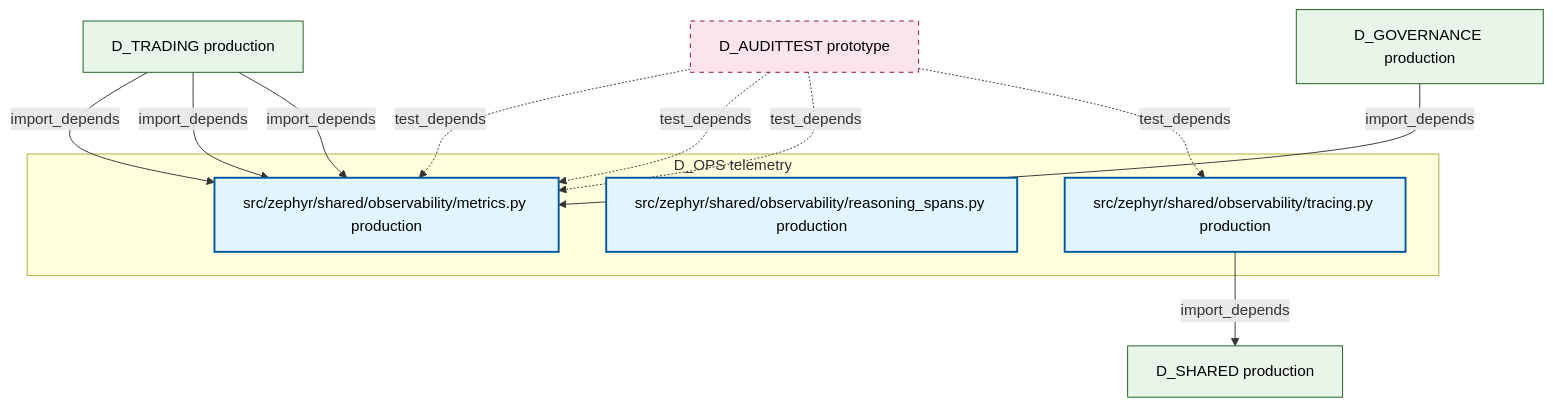
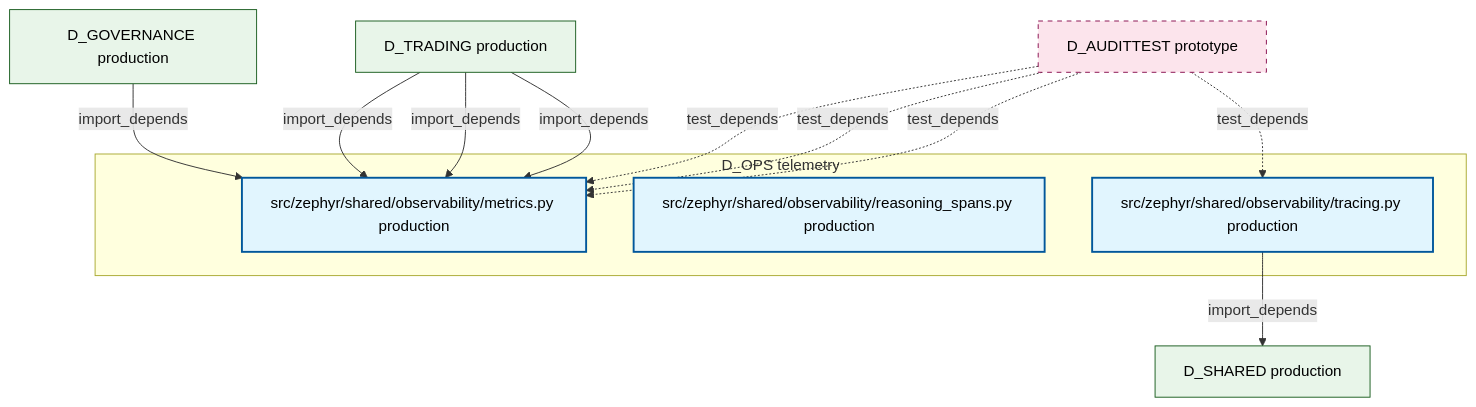
The diagram in docs/02_enterprise_architecture/02_domain_architecture_docs/15_d_ops.md (xuanFelixVan/ZephyrAlpha), drawn with Mermaid before and after one commit. The commit also changed other lines of this file and 97 other files, not shown here.

````diff
--- a/docs/02_enterprise_architecture/02_domain_architecture_docs/15_d_ops.md
+++ b/docs/02_enterprise_architecture/02_domain_architecture_docs/15_d_ops.md
@@ -47,28 +47,28 @@
 ```mermaid
 graph TD
     subgraph D_OPS["D_OPS telemetry"]
         src_zephyr_shared_observability_metrics_py["src/zephyr/shared/observability/metrics.py production"]
         src_zephyr_shared_observability_reasoning_spans_py["src/zephyr/shared/observability/reasoning_spans.py production"]
         src_zephyr_shared_observability_tracing_py["src/zephyr/shared/observability/tracing.py production"]
     end
     D_SHARED["D_SHARED production"]
     src_zephyr_shared_observability_tracing_py -->|import_depends| D_SHARED
-    D_AUDITTEST["D_AUDITTEST prototype"]
-    D_AUDITTEST -.->|test_depends| src_zephyr_shared_observability_metrics_py
-    D_AUDITTEST -.->|test_depends| src_zephyr_shared_observability_metrics_py
+    D_GOVERNANCE["D_GOVERNANCE production"]
+    D_GOVERNANCE -->|import_depends| src_zephyr_shared_observability_metrics_py
     D_TRADING["D_TRADING production"]
     D_TRADING -->|import_depends| src_zephyr_shared_observability_metrics_py
     D_TRADING -->|import_depends| src_zephyr_shared_observability_metrics_py
     D_TRADING -->|import_depends| src_zephyr_shared_observability_metrics_py
-    D_GOVERNANCE["D_GOVERNANCE production"]
-    D_GOVERNANCE -->|import_depends| src_zephyr_shared_observability_metrics_py
+    D_AUDITTEST["D_AUDITTEST prototype"]
+    D_AUDITTEST -.->|test_depends| src_zephyr_shared_observability_metrics_py
+    D_AUDITTEST -.->|test_depends| src_zephyr_shared_observability_metrics_py
     D_AUDITTEST -.->|test_depends| src_zephyr_shared_observability_metrics_py
     D_AUDITTEST -.->|test_depends| src_zephyr_shared_observability_tracing_py
     classDef production fill:#e1f5fe,stroke:#01579b,stroke-width:2px,color:#000
     classDef design fill:#fff3e0,stroke:#e65100,stroke-width:2px,color:#000,stroke-dasharray: 5 5
     classDef external_prod fill:#e8f5e9,stroke:#1b5e20,stroke-width:1px,color:#000
     classDef external_design fill:#fce4ec,stroke:#880e4f,stroke-width:1px,color:#000,stroke-dasharray: 5 5
     class src_zephyr_shared_observability_metrics_py,src_zephyr_shared_observability_reasoning_spans_py,src_zephyr_shared_observability_tracing_py production
-    class D_SHARED,D_TRADING,D_GOVERNANCE external_prod
+    class D_SHARED,D_GOVERNANCE,D_TRADING external_prod
     class D_AUDITTEST external_design
 ```
````
